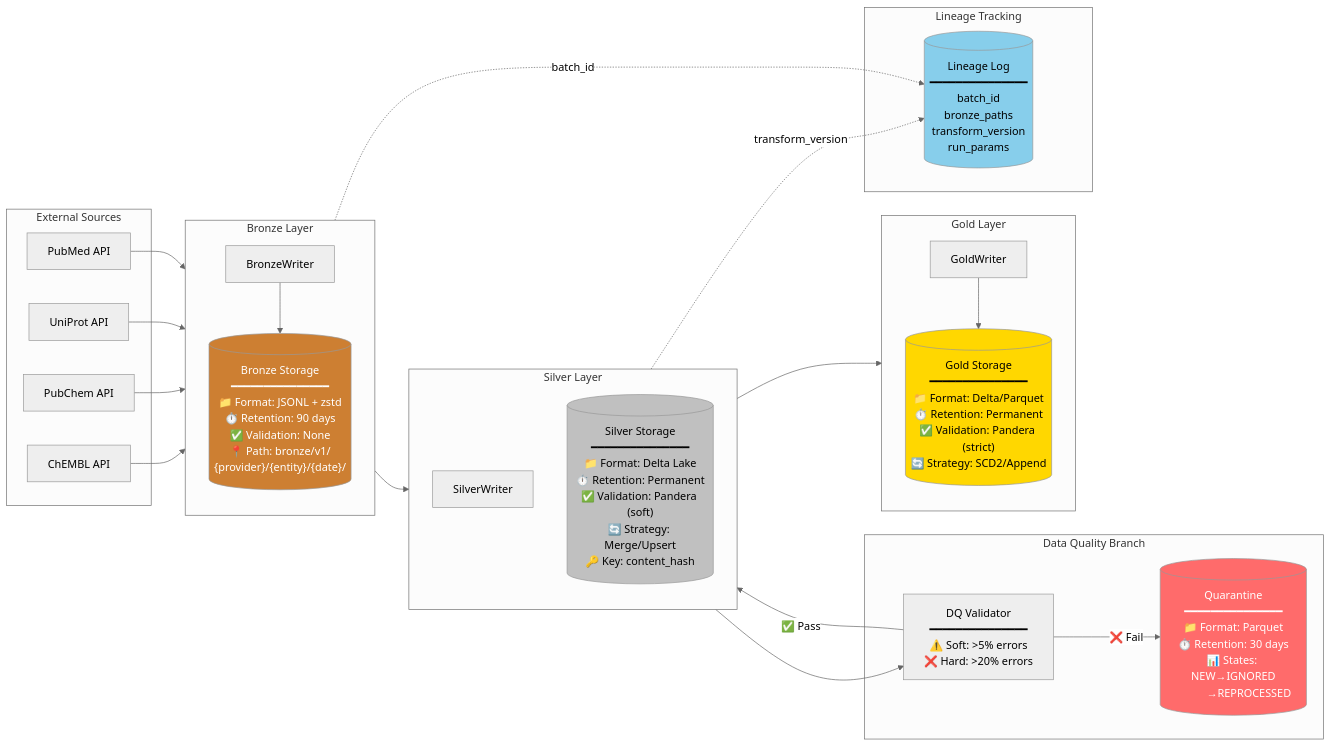
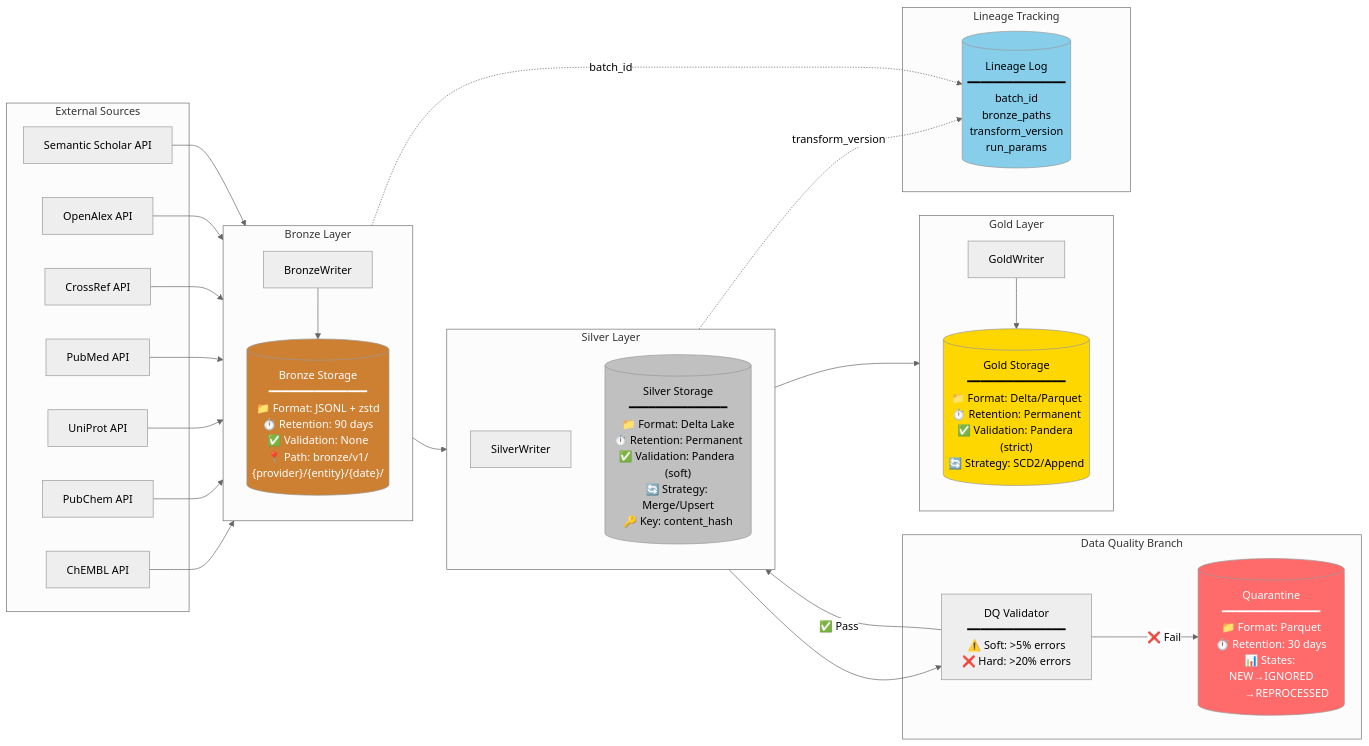
One commit to SatoryKono/BioactivityDataAcquisition changed the diagram in docs/02-architecture/diagrams/02-full-medallion-data-flow.mermaid. Above: the diagram before and after it, drawn with Mermaid. The commit also changed 23 other files, not shown here.

```diff
--- a/docs/02-architecture/diagrams/02-full-medallion-data-flow.mermaid
+++ b/docs/02-architecture/diagrams/02-full-medallion-data-flow.mermaid
@@ -1,62 +1,68 @@
 %%{init: {'theme': 'neutral', 'themeVariables': {'fontFamily': 'Inter, system-ui', 'lineWidth': '2'}}}%%
 flowchart LR
     subgraph Sources["External Sources"]
         ChEMBL["ChEMBL API"]
         PubChem["PubChem API"]
         UniProt["UniProt API"]
         PubMed["PubMed API"]
+        CrossRef["CrossRef API"]
+        OpenAlex["OpenAlex API"]
+        S2["Semantic Scholar API"]
     end
 
     subgraph Bronze_Layer["Bronze Layer"]
         direction TB
         BronzeWriter["BronzeWriter"]
         Bronze[("Bronze Storage\n━━━━━━━━━━━━━━━\n📁 Format: JSONL + zstd\n⏱️ Retention: 90 days\n✅ Validation: None\n📍 Path: bronze/v1/\n    {provider}/{entity}/{date}/")]
     end
 
     subgraph Silver_Layer["Silver Layer"]
         direction TB
         SilverWriter["SilverWriter"]
         Silver[("Silver Storage\n━━━━━━━━━━━━━━━\n📁 Format: Delta Lake\n⏱️ Retention: Permanent\n✅ Validation: Pandera (soft)\n🔄 Strategy: Merge/Upsert\n🔑 Key: content_hash")]
     end
 
     subgraph Gold_Layer["Gold Layer"]
         direction TB
         GoldWriter["GoldWriter"]
         Gold[("Gold Storage\n━━━━━━━━━━━━━━━\n📁 Format: Delta/Parquet\n⏱️ Retention: Permanent\n✅ Validation: Pandera (strict)\n🔄 Strategy: SCD2/Append")]
     end
 
     subgraph DQ_Branch["Data Quality Branch"]
         DQValidator["DQ Validator\n━━━━━━━━━━━━━━━\n⚠️ Soft: >5% errors\n❌ Hard: >20% errors"]
         Quarantine[("Quarantine\n━━━━━━━━━━━━━━━\n📁 Format: Parquet\n⏱️ Retention: 30 days\n📊 States: NEW→IGNORED\n           →REPROCESSED")]
     end
 
     subgraph Lineage["Lineage Tracking"]
         LineageLog[("Lineage Log\n━━━━━━━━━━━━━━━\nbatch_id\nbronze_paths\ntransform_version\nrun_params")]
     end
 
     %% Main flow
     ChEMBL --> BronzeWriter
     PubChem --> BronzeWriter
     UniProt --> BronzeWriter
     PubMed --> BronzeWriter
+    CrossRef --> BronzeWriter
+    OpenAlex --> BronzeWriter
+    S2 --> BronzeWriter
 
     BronzeWriter --> Bronze
     Bronze --> SilverWriter
 
     SilverWriter --> DQValidator
     DQValidator -->|"✅ Pass"| Silver
     DQValidator -->|"❌ Fail"| Quarantine
 
     Silver --> GoldWriter
     GoldWriter --> Gold
 
     %% Lineage tracking
     Bronze -.->|"batch_id"| LineageLog
     Silver -.->|"transform_version"| LineageLog
 
     %% Styling
     style Bronze fill:#CD7F32,color:#fff
     style Silver fill:#C0C0C0,color:#000
     style Gold fill:#FFD700,color:#000
     style Quarantine fill:#FF6B6B,color:#fff
     style LineageLog fill:#87CEEB,color:#000
```
